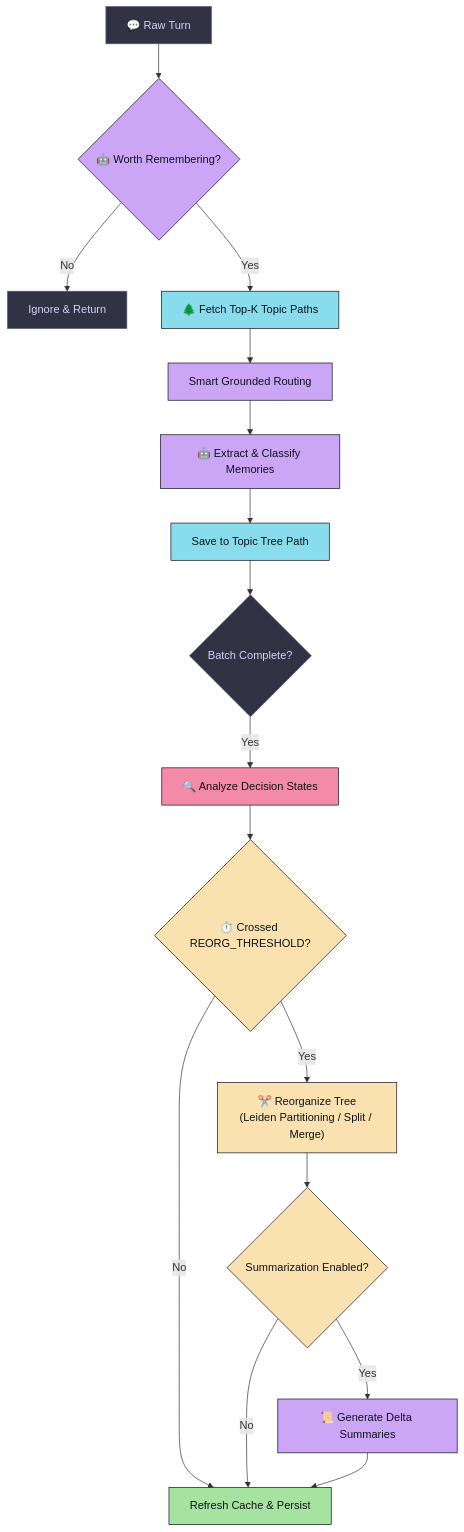
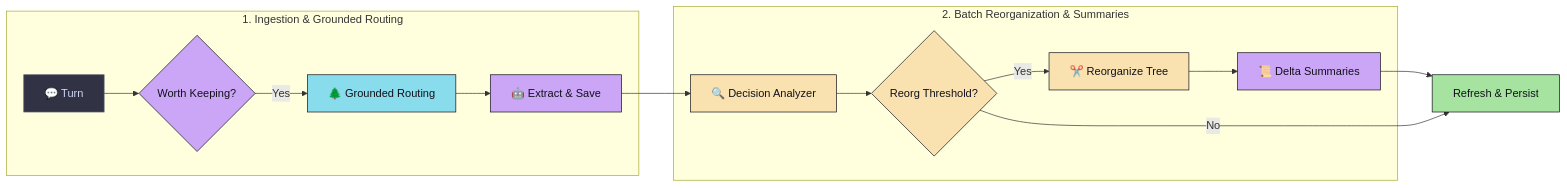
Before and after one commit to faisalhussain-devs/MindCache: the first of 3 diagrams in README.md, drawn with Mermaid. The commit also changed other lines of this file and 4 other files, not shown here.

````diff
--- a/README.md
+++ b/README.md
@@ -281,27 +287,24 @@
 ```mermaid
-flowchart TD
+flowchart LR
     classDef dark      fill:#313244,color:#cdd6f4,stroke:#585b70
     classDef llm       fill:#cba6f7,color:#11111b,stroke:#11111b
     classDef tree      fill:#89dceb,color:#11111b,stroke:#11111b
     classDef yellow    fill:#f9e2af,color:#11111b,stroke:#11111b
     classDef green     fill:#a6e3a1,color:#11111b,stroke:#11111b
-    classDef analyzer  fill:#f38ba8,color:#11111b,stroke:#11111b
 
-    A["💬 Raw Turn"]:::dark --> B{"🤖 Worth Remembering?"}:::llm
-    B -- No --> C["Ignore & Return"]:::dark
-    B -- Yes --> D["🌲 Fetch Top-K Topic Paths"]:::tree
-    D --> E["Smart Grounded Routing"]:::llm
-    E --> F["🤖 Extract & Classify Memories"]:::llm
-    F --> G["Save to Topic Tree Path"]:::tree
-    G --> H{"Batch Complete?"}:::dark
-    
-    H -- Yes --> I["🔍 Analyze Decision States"]:::analyzer
-    I --> J{"⏱️ Crossed REORG_THRESHOLD?"}:::yellow
-    
-    J -- No --> K["Refresh Cache & Persist"]:::green
-    J -- Yes --> L["✂️ Reorganize Tree\n(Leiden Partitioning / Split / Merge)"]:::yellow
-    L --> M{"Summarization Enabled?"}:::yellow
-    M -- Yes --> N["📜 Generate Delta Summaries"]:::llm
-    M -- No --> K
-    N --> K
+    subgraph Ingest ["1. Ingestion & Grounded Routing"]
+        A["💬 Turn"]:::dark --> B{"Worth Keeping?"}:::llm
+        B -- Yes --> C["🌲 Grounded Routing"]:::tree
+        C --> D["🤖 Extract & Save"]:::llm
+    end
+
+    subgraph Reorg ["2. Batch Reorganization & Summaries"]
+        D --> E["🔍 Decision Analyzer"]:::yellow
+        E --> F{"Reorg Threshold?"}:::yellow
+        F -- Yes --> G["✂️ Reorganize Tree"]:::yellow
+        G --> H["📜 Delta Summaries"]:::llm
+    end
+
+    H --> OUT["Refresh & Persist"]:::green
+    F -- No --> OUT
 ```
````
